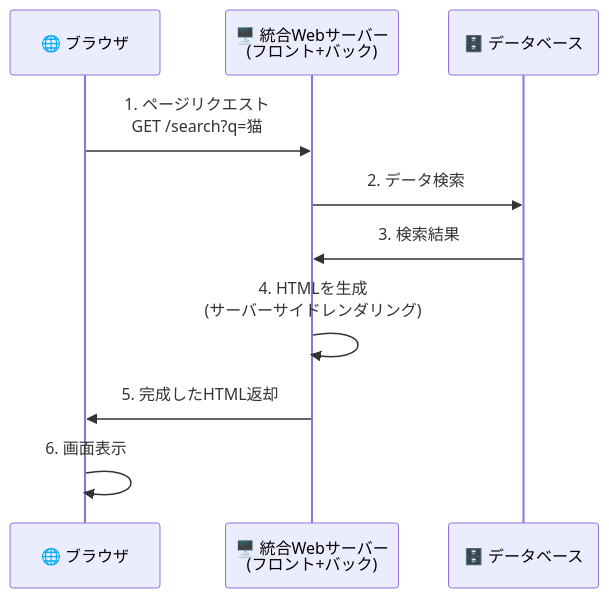
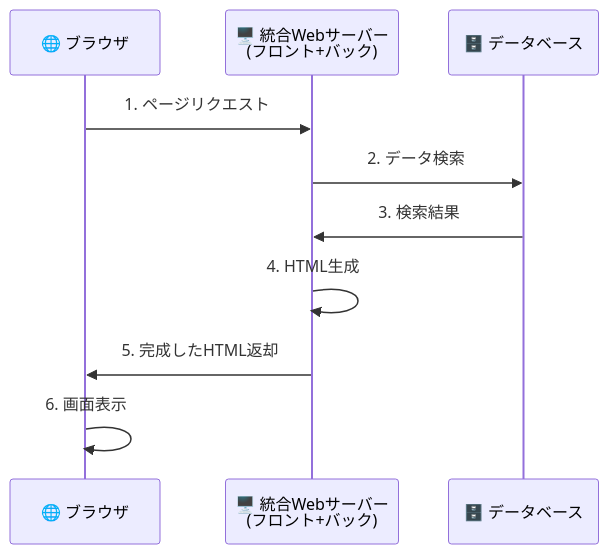
The seventh of 10 diagrams in docs/src/web-basics/index.md (im-sts-miyamoto/mkdocs), drawn with Mermaid before and after one commit. The commit also changed other lines of this file, not shown here.

````diff
--- a/docs/src/web-basics/index.md
+++ b/docs/src/web-basics/index.md
@@ -131,13 +425,13 @@
     ```mermaid
     sequenceDiagram
         participant Browser as 🌐 ブラウザ
         participant Server as 🖥️ 統合Webサーバー<br/>(フロント+バック)
         participant DB as 🗄️ データベース
 
-        Browser->>Server: 1. ページリクエスト<br/>GET /search?q=猫
+        Browser->>Server: 1. ページリクエスト
         Server->>DB: 2. データ検索
         DB->>Server: 3. 検索結果
-        Server->>Server: 4. HTMLを生成<br/>(サーバーサイドレンダリング)
+        Server->>Server: 4. HTML生成
         Server->>Browser: 5. 完成したHTML返却
         Browser->>Browser: 6. 画面表示
     ```
````
